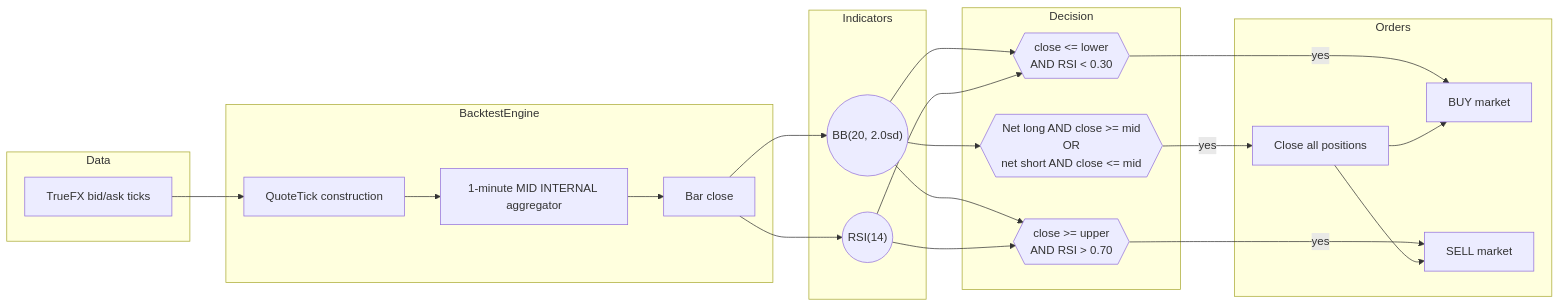
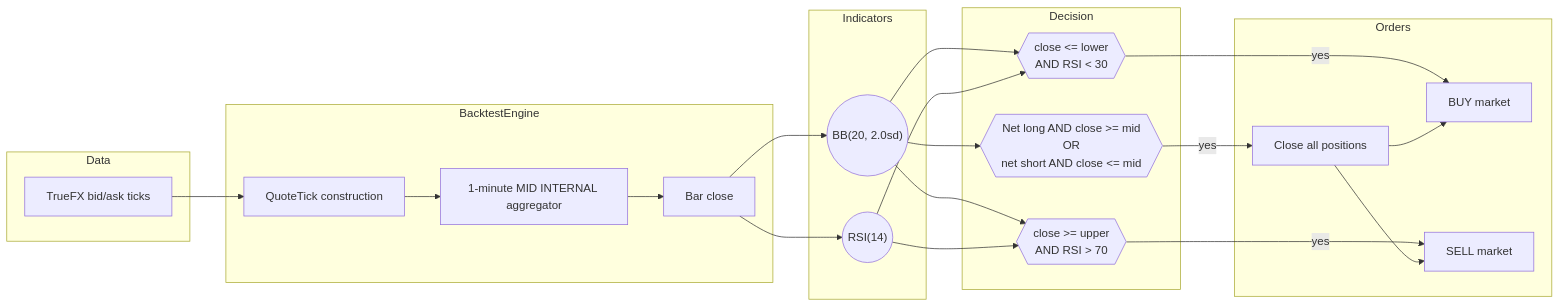
One commit to nautechsystems/nautilus_trader changed the diagram in docs/tutorials/fx_mean_reversion_ax.md. Above: the diagram before and after it, drawn with Mermaid. The commit also changed other lines of this file and 29 other files, not shown here.

````diff
--- a/docs/tutorials/fx_mean_reversion_ax.md
+++ b/docs/tutorials/fx_mean_reversion_ax.md
@@ -27,43 +26,43 @@
 ```mermaid
 flowchart LR
     subgraph Inputs ["Data"]
         Q["TrueFX bid/ask ticks"]
     end
 
     subgraph Engine ["BacktestEngine"]
         W["QuoteTick construction"]
         AGG["1-minute MID INTERNAL aggregator"]
         BAR["Bar close"]
     end
 
     subgraph Indicators
         BB(("BB(20, 2.0sd)"))
         RSI(("RSI(14)"))
     end
 
     subgraph Decision ["Decision"]
         EX{{"Net long AND close >= mid<br/>OR<br/>net short AND close <= mid"}}
-        ENL{{"close <= lower<br/>AND RSI < 0.30"}}
-        ENS{{"close >= upper<br/>AND RSI > 0.70"}}
+        ENL{{"close <= lower<br/>AND RSI < 30"}}
+        ENS{{"close >= upper<br/>AND RSI > 70"}}
     end
 
     subgraph Orders
         CL["Close all positions"]
         BUY["BUY market"]
         SELL["SELL market"]
     end
 
     Q --> W --> AGG --> BAR
     BAR --> BB
     BAR --> RSI
     BB --> ENL
     BB --> ENS
     RSI --> ENL
     RSI --> ENS
     BB --> EX
     EX -->|yes| CL
     ENL -->|yes| BUY
     ENS -->|yes| SELL
     CL --> BUY
     CL --> SELL
 ```
````
